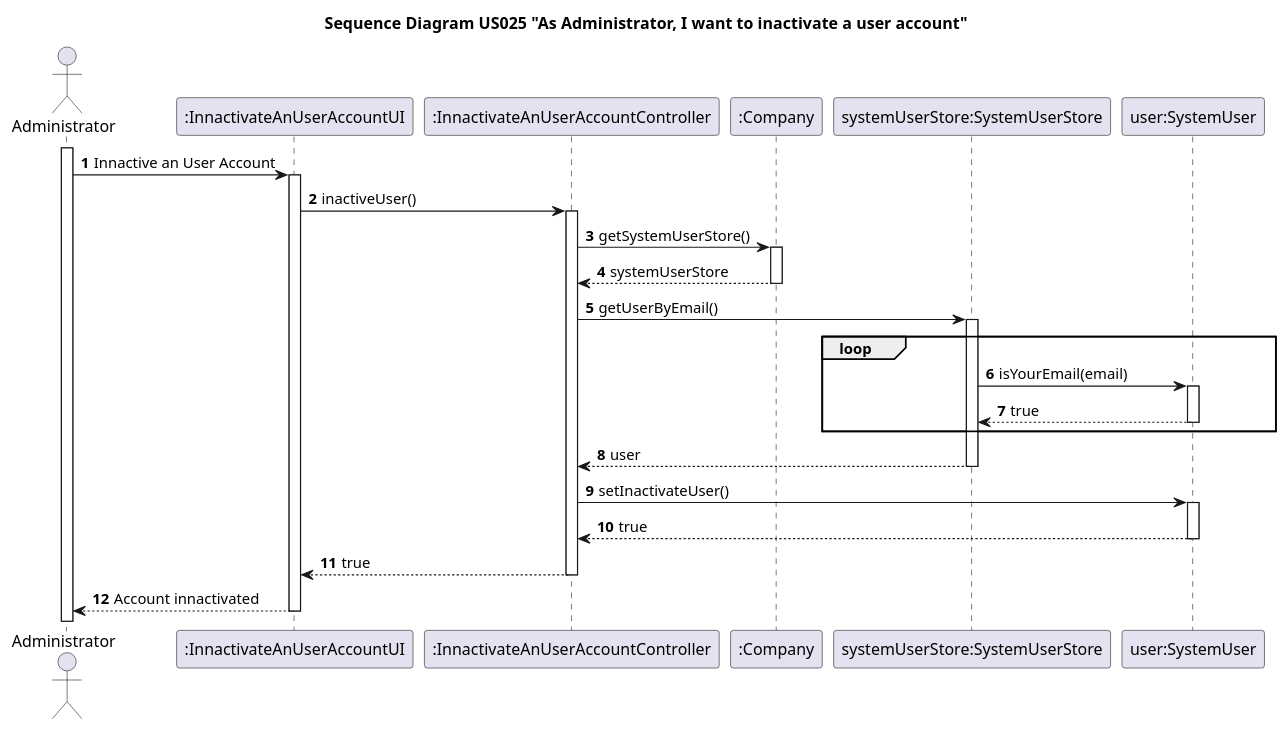
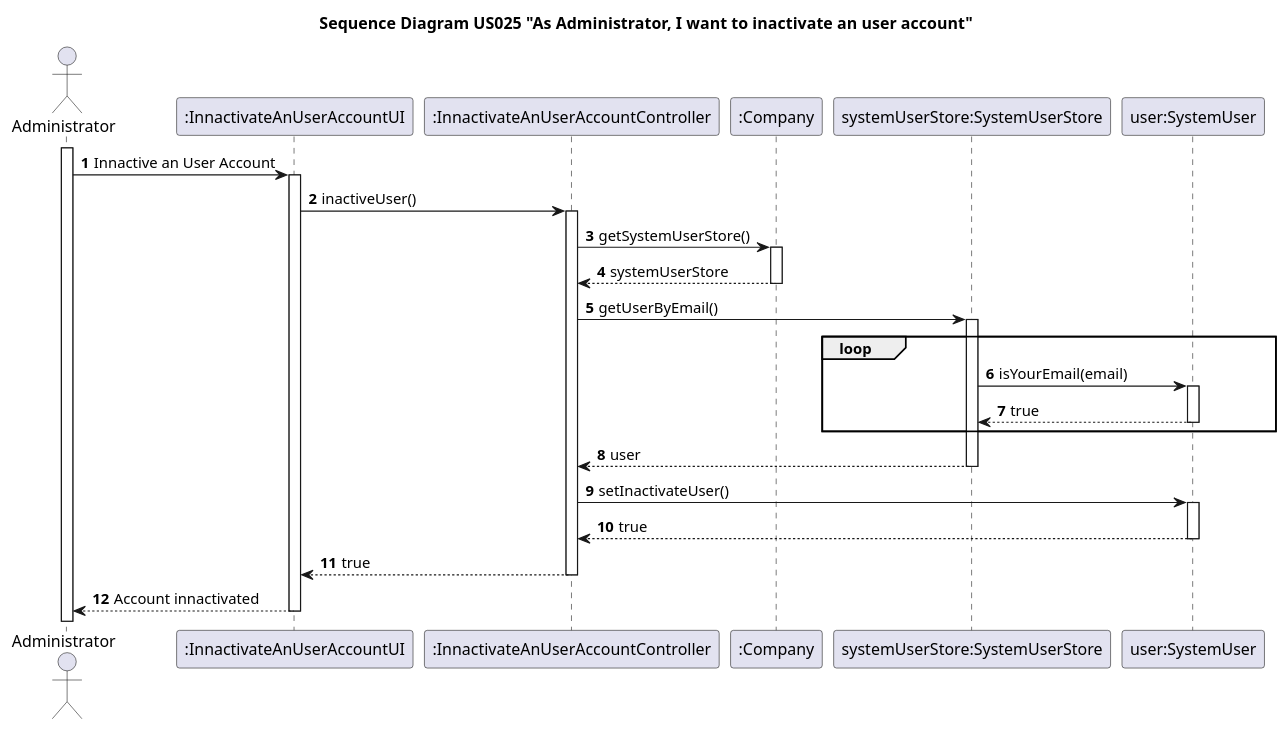
One commit to nunogon1211787/projectManagement changed the diagram in docs/Sprint3/US025/US025-SD.puml. Above: the diagram before and after it, drawn with PlantUML.

Commit message:
US25-US26 (SD & CD)

```diff
--- a/docs/Sprint3/US025/US025-SD.puml
+++ b/docs/Sprint3/US025/US025-SD.puml
@@ -1,34 +1,34 @@
 @startuml
 'https://plantuml.com/sequence-diagram
 
-title Sequence Diagram US025 "As Administrator, I want to inactivate a user account"
+title Sequence Diagram US025 "As Administrator, I want to inactivate an user account"
 
 autoactivate on
 autonumber
 
 actor "Administrator" as Administrator
 participant ":InnactivateAnUserAccountUI" as UI
 participant ":InnactivateAnUserAccountController" as Ctrl
 participant ":Company" as Company
 participant "systemUserStore:SystemUserStore" as SystemUserStore
 participant "user:SystemUser" as SystemUser
 
 
 activate "Administrator"
 
 "Administrator" -> UI: Innactive an User Account
 UI -> Ctrl: inactiveUser()
 Ctrl -> Company: getSystemUserStore()
 return systemUserStore
 Ctrl -> SystemUserStore : getUserByEmail()
 loop
 SystemUserStore-> SystemUser: isYourEmail(email)
 SystemUser --> SystemUserStore: true
 end
 return user
 Ctrl -> SystemUser : setInactivateUser()
 SystemUser --> Ctrl : true
 Ctrl --> UI : true
 UI --> "Administrator": Account innactivated
 
 @enduml
```
